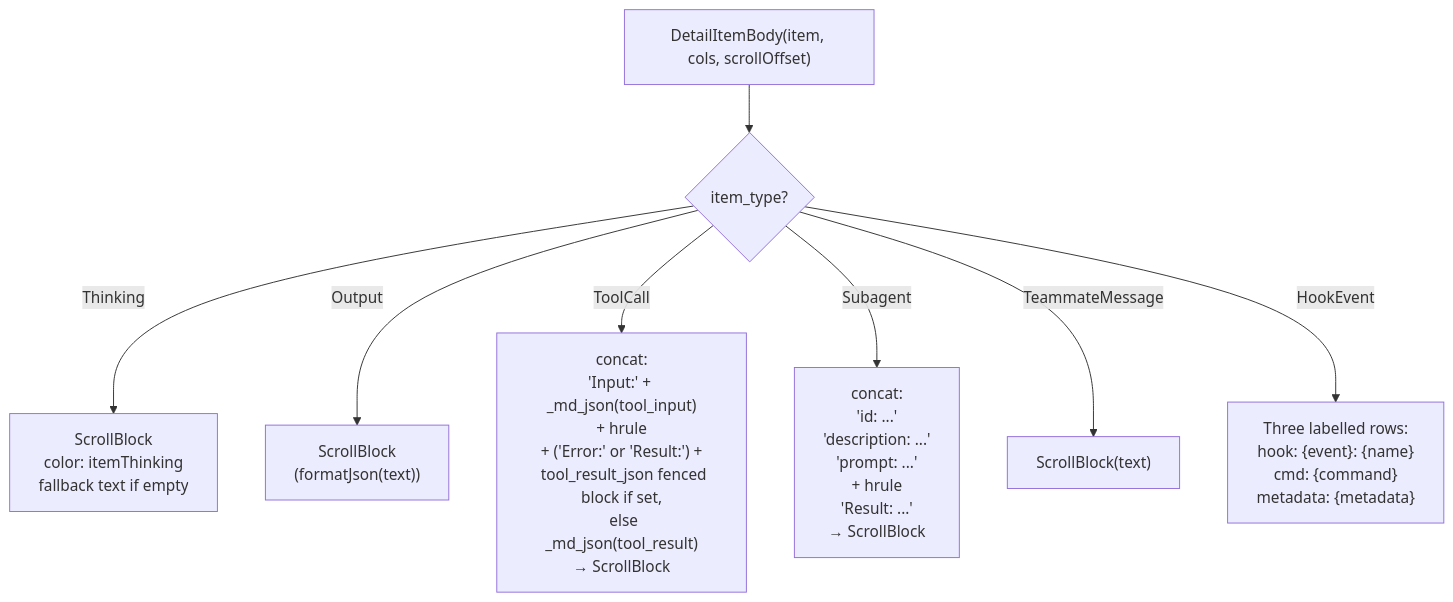
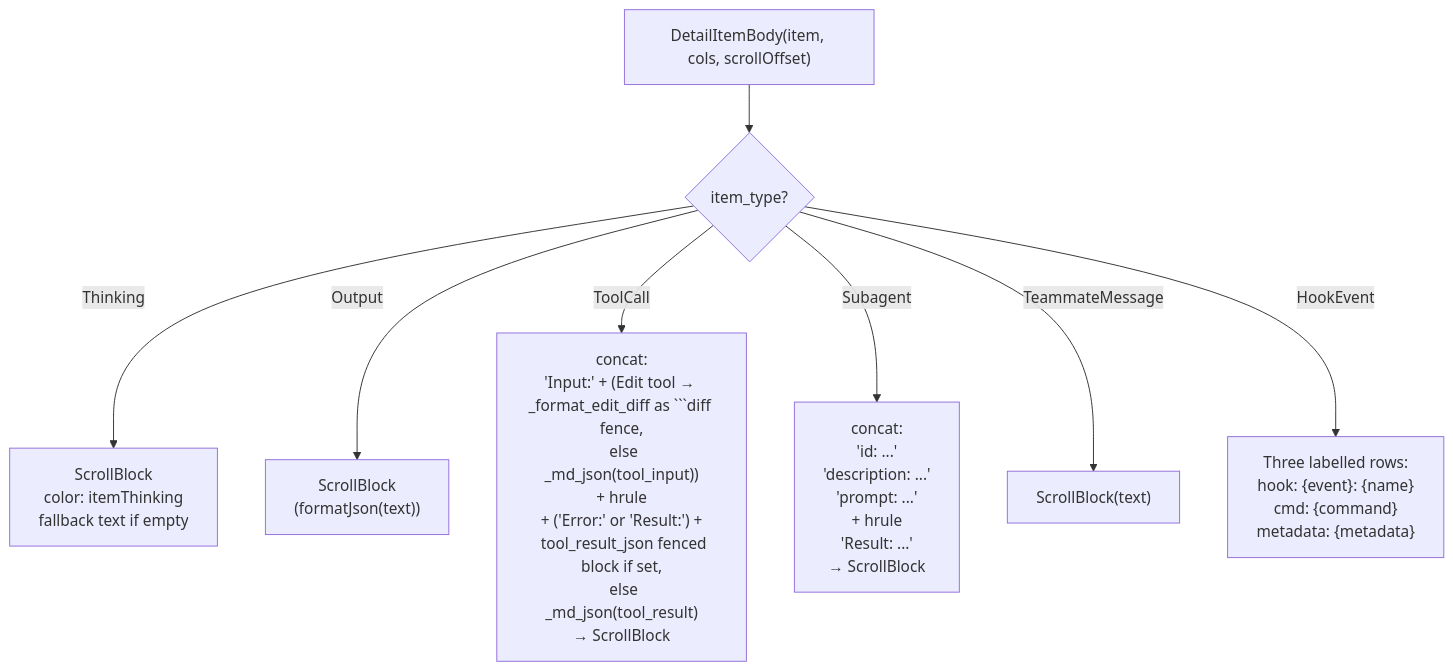
The third of 11 diagrams in specs/13-item-rendering.md (delexw/claude-code-trace), drawn with Mermaid before and after one commit. The commit also changed other lines of this file and 7 other files, not shown here.

First line of the commit message:
feat: render Edit tool input as diff view instead of raw JSON

````diff
--- a/specs/13-item-rendering.md
+++ b/specs/13-item-rendering.md
@@ -112,12 +112,12 @@
 ```mermaid
 flowchart TD
     BODY["DetailItemBody(item, cols, scrollOffset)"]
     BODY --> T{"item_type?"}
 
     T -->|"Thinking"| TH["ScrollBlock\ncolor: itemThinking\nfallback text if empty"]
     T -->|"Output"| OUT["ScrollBlock\n(formatJson(text))"]
-    T -->|"ToolCall"| TC["concat:\n'Input:' + _md_json(tool_input)\n+ hrule\n+ ('Error:' or 'Result:') +\n  tool_result_json fenced block if set,\n  else _md_json(tool_result)\n→ ScrollBlock"]
+    T -->|"ToolCall"| TC["concat:\n'Input:' + (Edit tool → _format_edit_diff as ```diff fence,\n  else _md_json(tool_input))\n+ hrule\n+ ('Error:' or 'Result:') +\n  tool_result_json fenced block if set,\n  else _md_json(tool_result)\n→ ScrollBlock"]
     T -->|"Subagent"| SA["concat:\n'id: ...'\n'description: ...'\n'prompt: ...'\n+ hrule\n'Result: ...'\n→ ScrollBlock"]
     T -->|"TeammateMessage"| TM["ScrollBlock(text)"]
     T -->|"HookEvent"| HK["Three labelled rows:\nhook: {event}: {name}\ncmd: {command}\nmetadata: {metadata}"]
 ```
````
